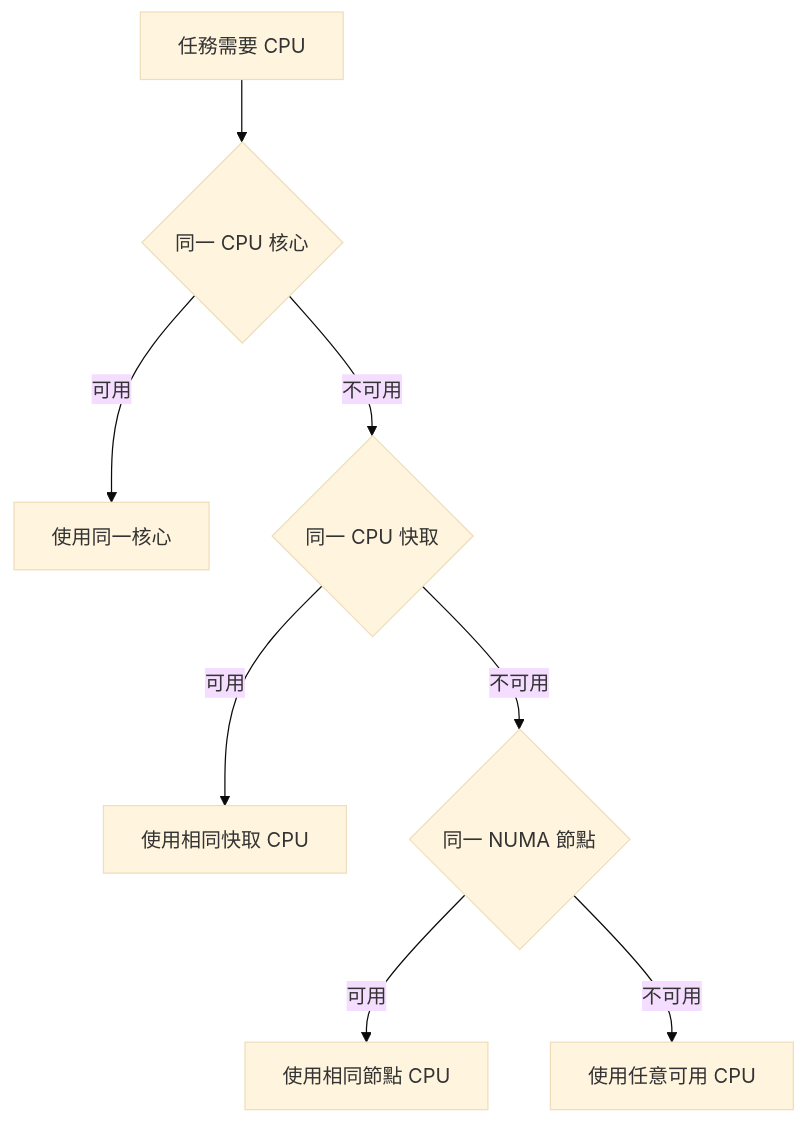
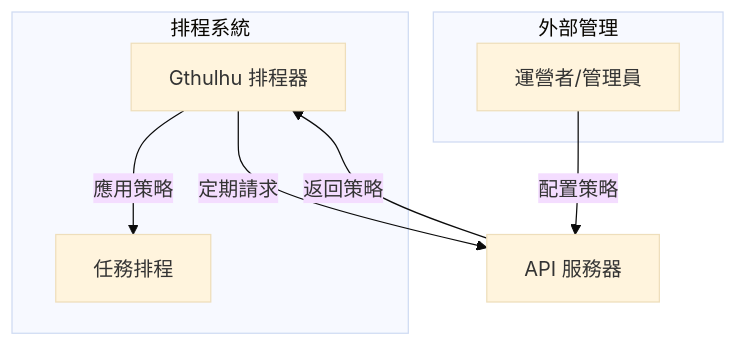
One commit to Gthulhu/docs changed the fourth of 6 diagrams in docs/how-it-works.md. Above: the diagram before and after it, drawn with Mermaid (base theme). The commit also changed other lines of this file and 1 other file, not shown here.

````diff
--- a/docs/how-it-works.md
+++ b/docs/how-it-works.md
@@ -116,10 +151,16 @@
 ```mermaid
 graph TB
-    A[任務需要 CPU] --> B{同一 CPU 核心}
-    B -->|可用| C[使用同一核心]
-    B -->|不可用| D{同一 CPU 快取}
-    D -->|可用| E[使用相同快取 CPU]
-    D -->|不可用| F{同一 NUMA 節點}
-    F -->|可用| G[使用相同節點 CPU]
-    F -->|不可用| H[使用任意可用 CPU]
+    A[Gthulhu 排程器] -->|定期請求| B[API 服務器]
+    C[運營者/管理員] -->|配置策略| B
+    B -->|返回策略| A
+    A -->|應用策略| D[任務排程]
+    
+    subgraph "外部管理"
+        C
+    end
+    
+    subgraph "排程系統"
+        A
+        D
+    end
 ```
````
